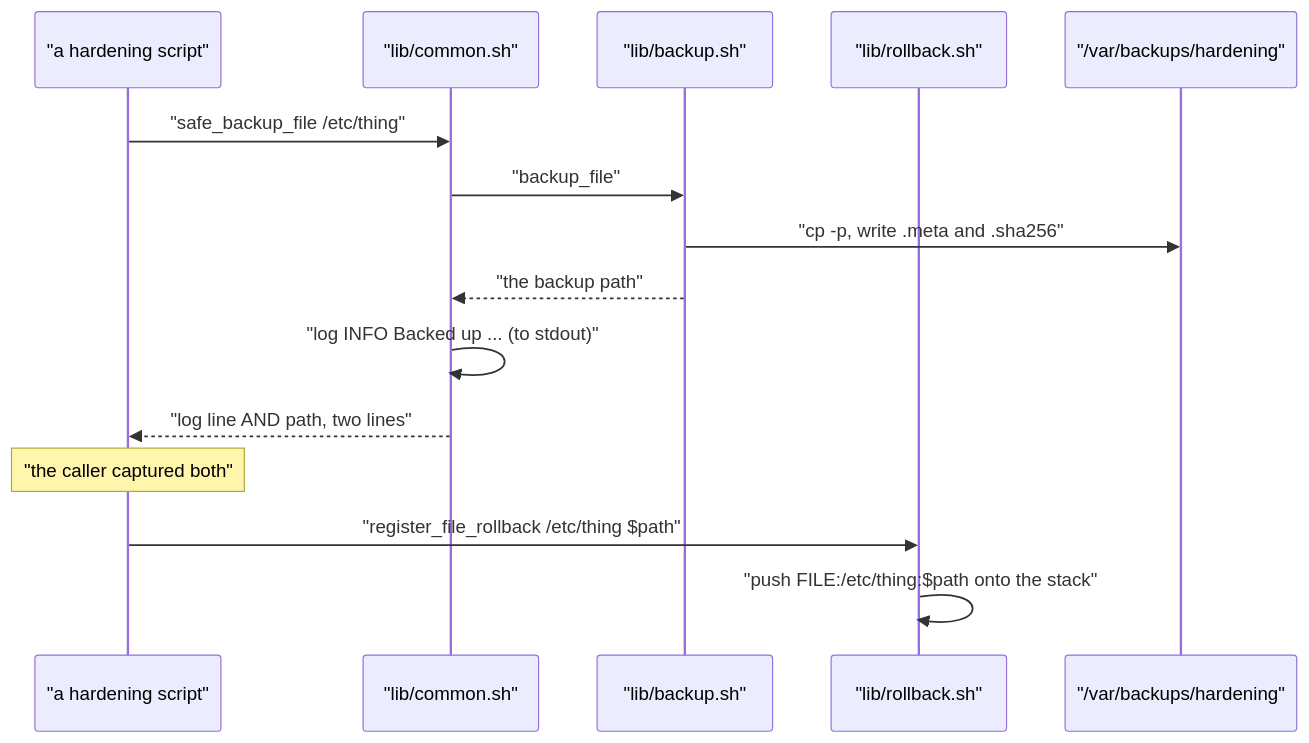
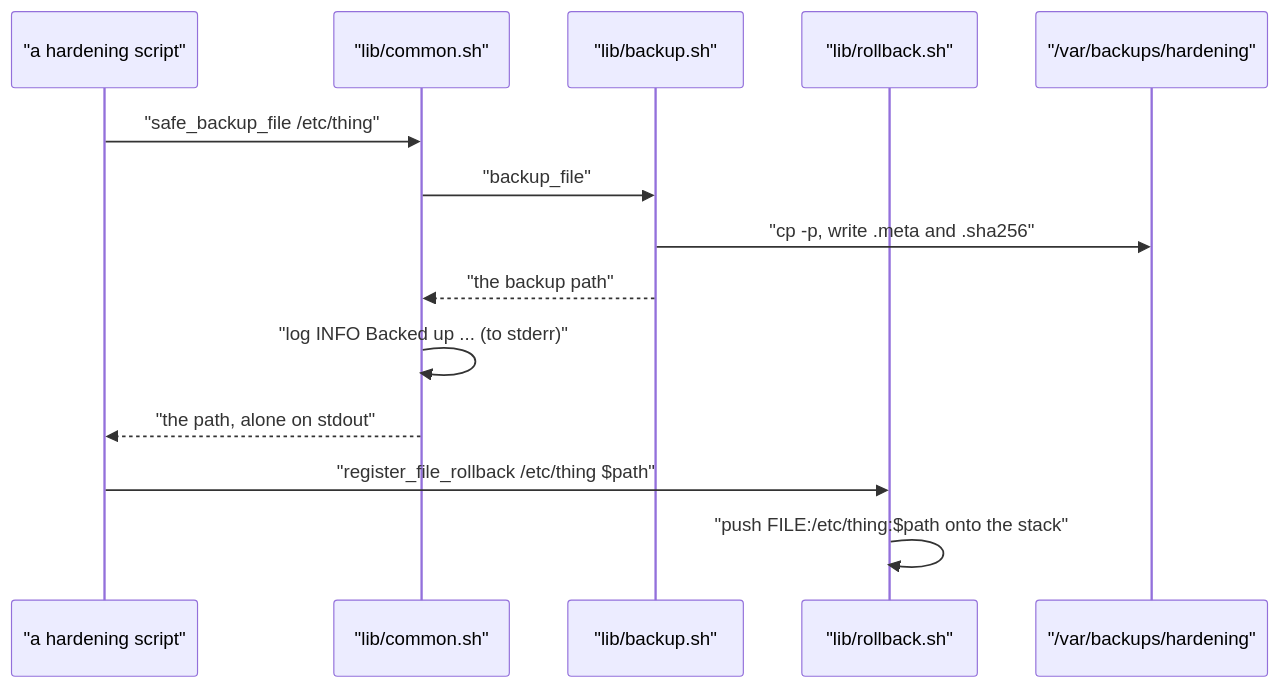
Before and after one commit to Bissbert/POSIX-hardening: the second of 2 diagrams in docs/library-reference.md, drawn with Mermaid. The commit also changed other lines of this file and 35 other files, not shown here.

````diff
--- a/docs/library-reference.md
+++ b/docs/library-reference.md
@@ -99,18 +93,17 @@
 ```mermaid
 sequenceDiagram
     participant S as "a hardening script"
     participant C as "lib/common.sh"
     participant B as "lib/backup.sh"
     participant R as "lib/rollback.sh"
     participant FS as "/var/backups/hardening"
 
     S->>C: "safe_backup_file /etc/thing"
     C->>B: "backup_file"
     B->>FS: "cp -p, write .meta and .sha256"
     B-->>C: "the backup path"
-    C->>C: "log INFO Backed up ... (to stdout)"
-    C-->>S: "log line AND path, two lines"
-    Note over S: "the caller captured both"
+    C->>C: "log INFO Backed up ... (to stderr)"
+    C-->>S: "the path, alone on stdout"
     S->>R: "register_file_rollback /etc/thing $path"
     R->>R: "push FILE:/etc/thing:$path onto the stack"
 ```
````
